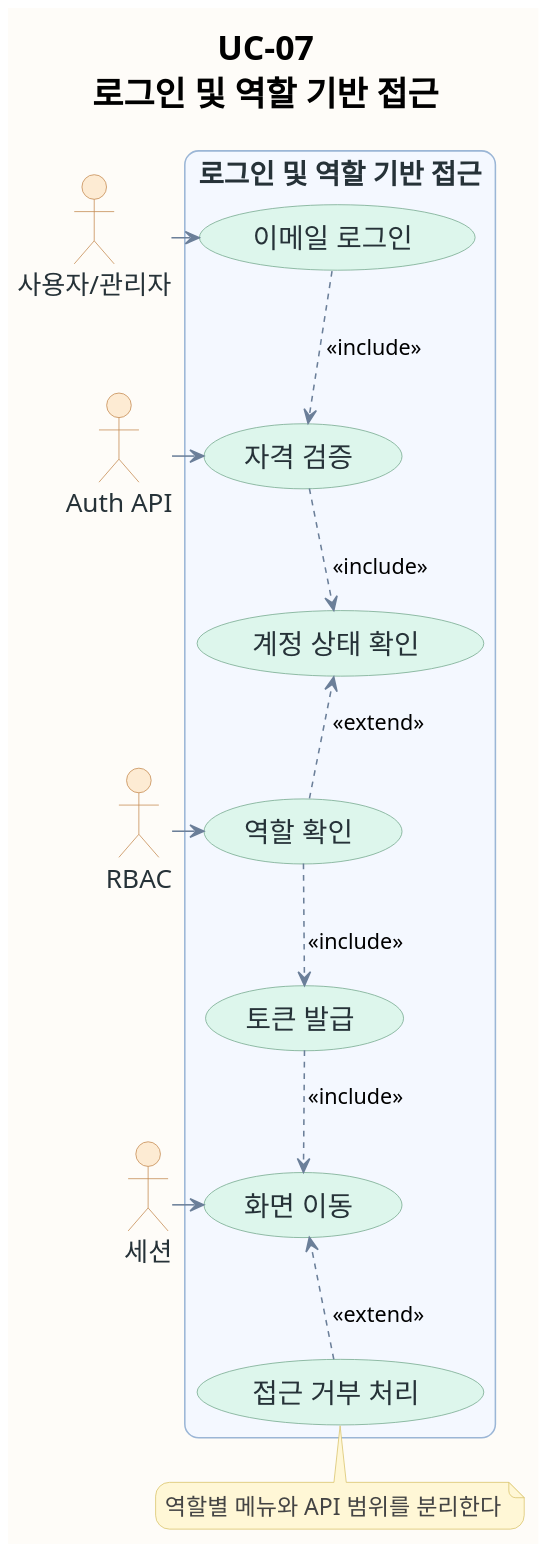
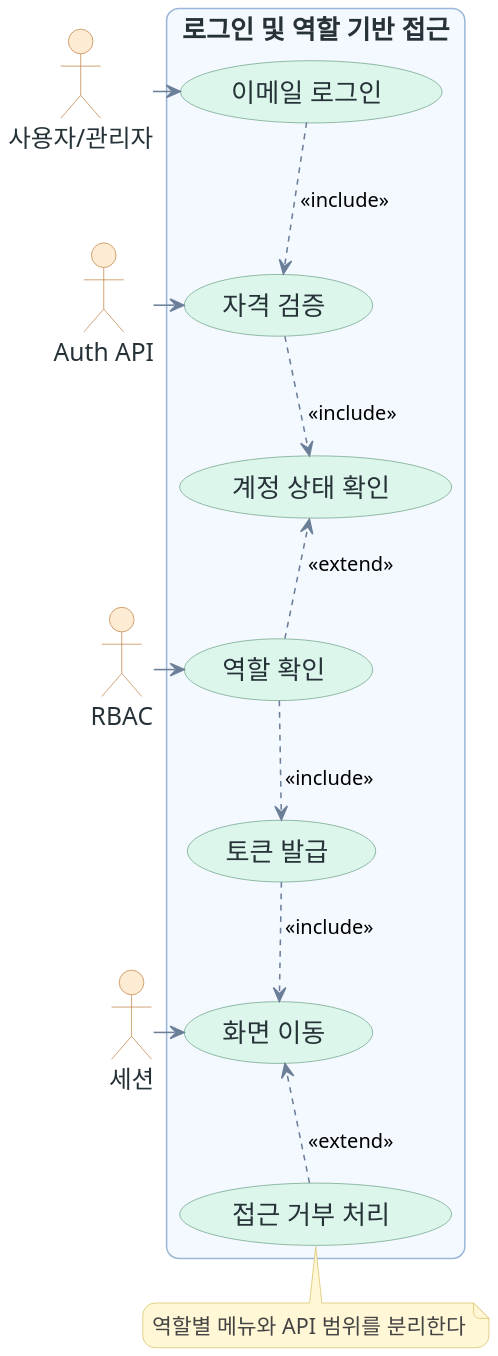
The diagram in assets/diagrams/usecase/uc-07-usecase.puml (ricky30825-creator/BMS), drawn with PlantUML before and after one commit. The commit also changed 32 other files, not shown here.

```diff
--- a/assets/diagrams/usecase/uc-07-usecase.puml
+++ b/assets/diagrams/usecase/uc-07-usecase.puml
@@ -1,73 +1,71 @@
 @startuml
 !pragma layout smetana
-skinparam backgroundColor #FEFCF8
+skinparam backgroundColor transparent
 skinparam shadowing false
 skinparam dpi 180
 skinparam defaultFontName "AppleGothic"
-skinparam defaultFontSize 18
-skinparam TitleFontSize 22
-skinparam ActorFontSize 17
-skinparam UsecaseFontSize 18
-skinparam NoteFontSize 15
-skinparam ArrowFontSize 14
-skinparam roundcorner 18
+skinparam defaultFontSize 17
+skinparam ActorFontSize 16
+skinparam UsecaseFontSize 17
+skinparam NoteFontSize 14
+skinparam ArrowFontSize 13
+skinparam roundcorner 16
 skinparam usecase {
   BackgroundColor #F8FAFC
   BorderColor #8EA7C2
   ArrowColor #6B7F99
   FontColor #263238
 }
 skinparam actor {
   BackgroundColor #FDEBD3
   BorderColor #C58A50
   FontColor #263238
 }
 skinparam rectangle {
   BackgroundColor #F4F8FF
   BorderColor #9BB6D6
   FontColor #263238
 }
 skinparam note {
   BackgroundColor #FFF7D6
   BorderColor #D9C36A
   FontColor #444444
 }
 top to bottom direction
 skinparam usecase {
   BackgroundColor #DDF6EC
   BorderColor #74A88C
 }
-title UC-07\n로그인 및 역할 기반 접근
 actor "사용자/관리자" as A
 actor "Auth API" as S1
 actor "RBAC" as S2
 actor "세션" as S3
 rectangle "로그인 및 역할 기반 접근" {
   usecase "이메일 로그인" as U1
   usecase "자격 검증" as U2
   usecase "계정 상태 확인" as U3
   usecase "역할 확인" as U4
   usecase "토큰 발급" as U5
   usecase "화면 이동" as U6
   usecase "접근 거부 처리" as U7
 }
 U1 -[hidden]down- U2
 U2 -[hidden]down- U3
 U3 -[hidden]down- U4
 U4 -[hidden]down- U5
 U5 -[hidden]down- U6
 U6 -[hidden]down- U7
 A -right-> U1
 S1 -left-> U2
 S2 -left-> U4
 S3 -left-> U6
 U1 ..> U2 : <<include>>
 U2 ..> U3 : <<include>>
 U4 ..> U3 : <<extend>>
 U4 ..> U5 : <<include>>
 U5 ..> U6 : <<include>>
 U7 ..> U6 : <<extend>>
 note bottom of U7
 역할별 메뉴와 API 범위를 분리한다
 end note
 @enduml
```
